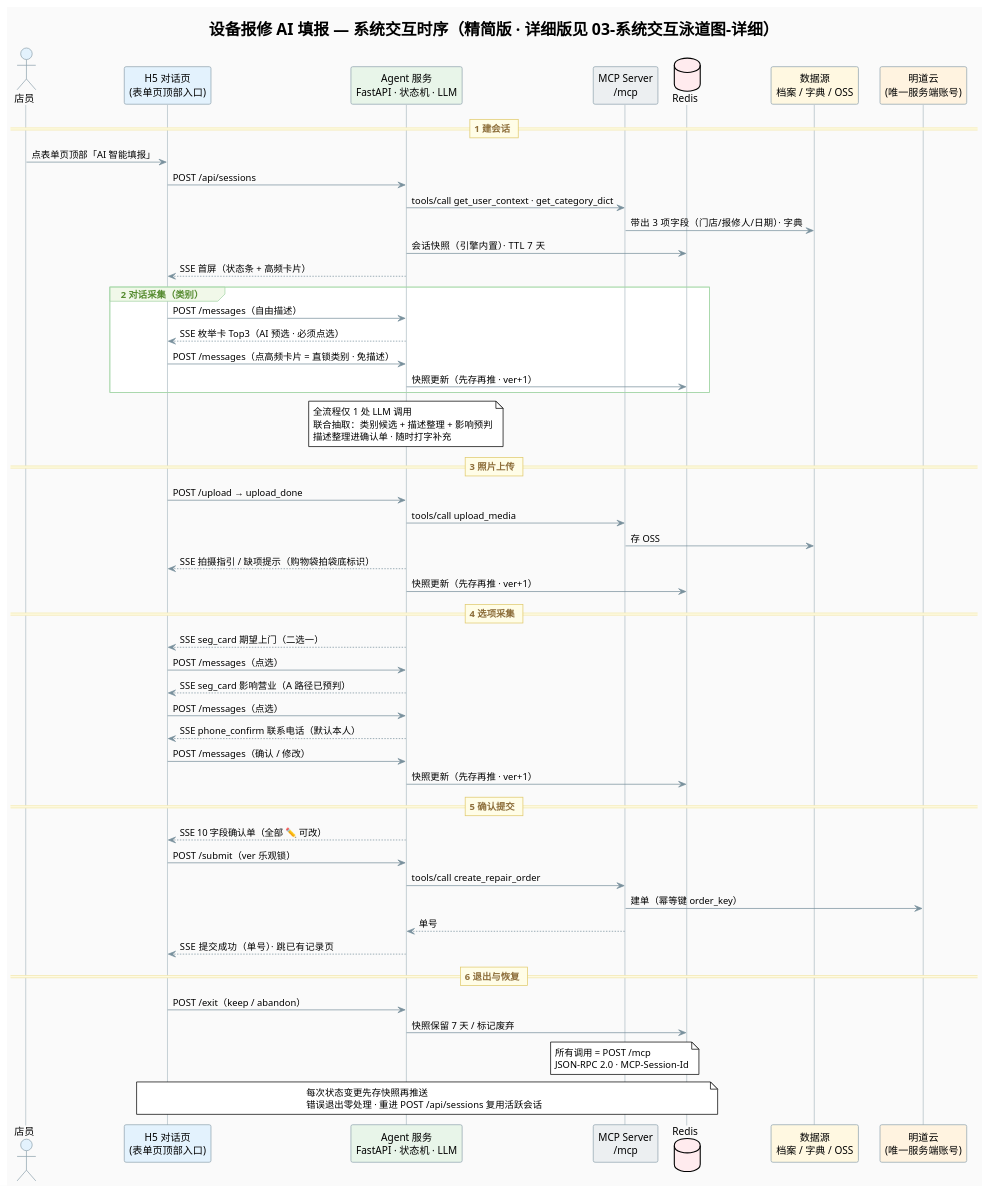
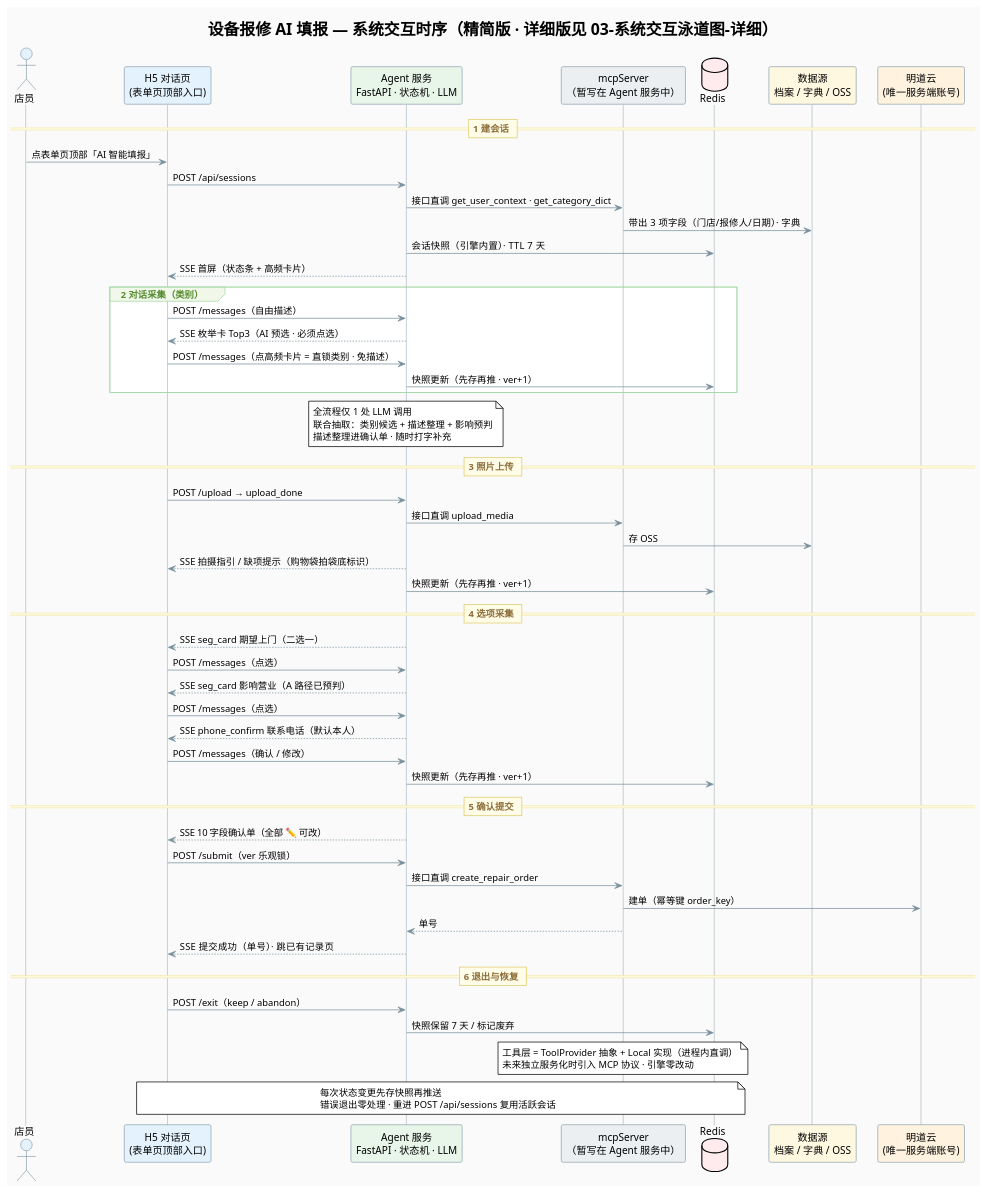
Before and after one commit to bai876939716/my_doc: the diagram in src/main/hotmaxx/需求点/输入优化/design/2/diagrams/03-系统交互泳道图.puml, drawn with PlantUML. The commit also changed 6 other files, not shown here.

```diff
--- a/src/main/hotmaxx/需求点/输入优化/design/2/diagrams/03-系统交互泳道图.puml
+++ b/src/main/hotmaxx/需求点/输入优化/design/2/diagrams/03-系统交互泳道图.puml
@@ -1,87 +1,87 @@
 @startuml 设备报修AI填报-系统交互泳道图
 !theme plain
 skinparam backgroundColor #FAFAFA
 skinparam defaultFontName "PingFang SC,Microsoft YaHei,Arial"
 skinparam sequence {
   ArrowColor #78909C
   LifeLineBorderColor #B0BEC5
   LifeLineBackgroundColor #ECEFF1
   ParticipantBackgroundColor #ECEFF1
   ParticipantBorderColor #90A4AE
   ActorBackgroundColor #E3F2FD
   ActorBorderColor #90A4AE
   GroupBackgroundColor #F1F8E9
   GroupBorderColor #A5D6A7
   GroupHeaderFontColor #558B2F
   BoxBorderColor #B0BEC5
   DividerBackgroundColor #FFFDE7
   DividerBorderColor #E0C96B
   DividerFontColor #8D6E3A
 }
 title 设备报修 AI 填报 — 系统交互时序（精简版 · 详细版见 03-系统交互泳道图-详细）
 
 actor "店员" as U #E3F2FD
 participant "H5 对话页\n(表单页顶部入口)" as H5 #E3F2FD
 participant "Agent 服务\nFastAPI · 状态机 · LLM" as AG #E8F5E9
-participant "MCP Server\n/mcp" as MCP #ECEFF1
+participant "mcpServer\n（暂写在 Agent 服务中）" as MCP #ECEFF1
 database "Redis" as RD #FFEBEE
 participant "数据源\n档案 / 字典 / OSS" as SRC #FFF8E1
 participant "明道云\n(唯一服务端账号)" as MDY #FFF3E0
 
 == 1 建会话 ==
 U -> H5 : 点表单页顶部「AI 智能填报」
 H5 -> AG : POST /api/sessions
-AG -> MCP : tools/call get_user_context · get_category_dict
+AG -> MCP : 接口直调 get_user_context · get_category_dict
 MCP -> SRC : 带出 3 项字段（门店/报修人/日期）· 字典
 AG -> RD : 会话快照（引擎内置）· TTL 7 天
 AG --> H5 : SSE 首屏（状态条 + 高频卡片）
 
 group 2 对话采集（类别）
   H5 -> AG : POST /messages（自由描述）
   AG --> H5 : SSE 枚举卡 Top3（AI 预选 · 必须点选）
   H5 -> AG : POST /messages（点高频卡片 = 直锁类别 · 免描述）
   AG -> RD : 快照更新（先存再推 · ver+1）
 end
 note over AG
   全流程仅 1 处 LLM 调用
   联合抽取：类别候选 + 描述整理 + 影响预判
   描述整理进确认单 · 随时打字补充
 end note
 
 == 3 照片上传 ==
 H5 -> AG : POST /upload → upload_done
-AG -> MCP : tools/call upload_media
+AG -> MCP : 接口直调 upload_media
 MCP -> SRC : 存 OSS
 AG --> H5 : SSE 拍摄指引 / 缺项提示（购物袋拍袋底标识）
 AG -> RD : 快照更新（先存再推 · ver+1）
 
 == 4 选项采集 ==
 AG --> H5 : SSE seg_card 期望上门（二选一）
 H5 -> AG : POST /messages（点选）
 AG --> H5 : SSE seg_card 影响营业（A 路径已预判）
 H5 -> AG : POST /messages（点选）
 AG --> H5 : SSE phone_confirm 联系电话（默认本人）
 H5 -> AG : POST /messages（确认 / 修改）
 AG -> RD : 快照更新（先存再推 · ver+1）
 
 == 5 确认提交 ==
 AG --> H5 : SSE 10 字段确认单（全部 ✏️ 可改）
 H5 -> AG : POST /submit（ver 乐观锁）
-AG -> MCP : tools/call create_repair_order
+AG -> MCP : 接口直调 create_repair_order
 MCP -> MDY : 建单（幂等键 order_key）
 MCP --> AG : 单号
 AG --> H5 : SSE 提交成功（单号）· 跳已有记录页
 
 == 6 退出与恢复 ==
 H5 -> AG : POST /exit（keep / abandon）
 AG -> RD : 快照保留 7 天 / 标记废弃
 
 note over MCP
-  所有调用 = POST /mcp
-  JSON-RPC 2.0 · MCP-Session-Id
+  工具层 = ToolProvider 抽象 + Local 实现（进程内直调）
+  未来独立服务化时引入 MCP 协议 · 引擎零改动
 end note
 note over H5, RD
   每次状态变更先存快照再推送
   错误退出零处理 · 重进 POST /api/sessions 复用活跃会话
 end note
 @enduml
```
